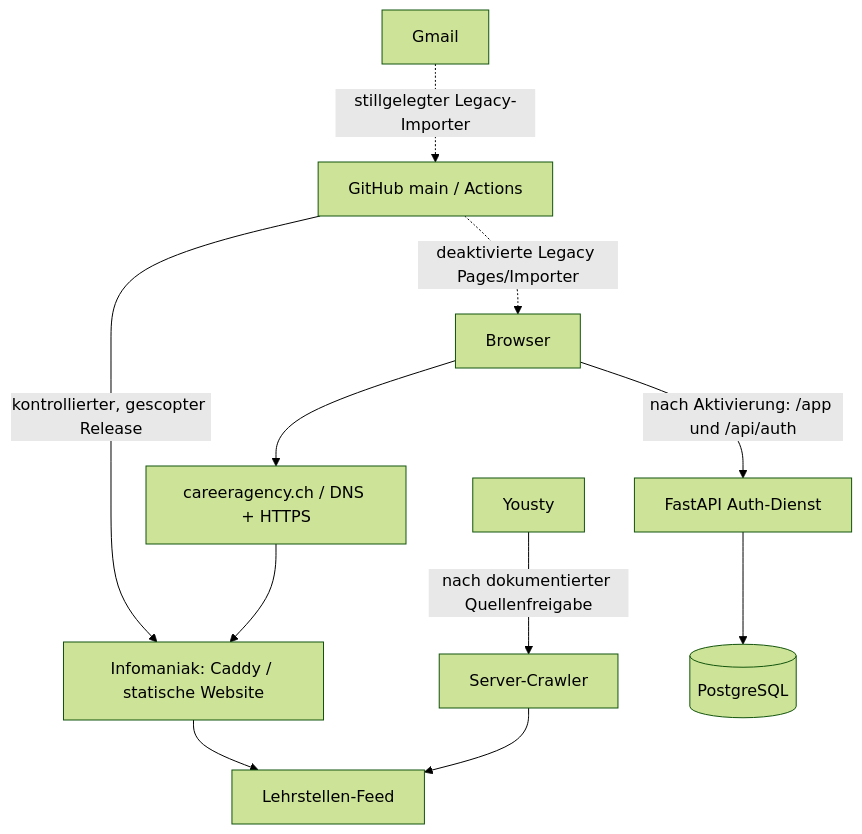
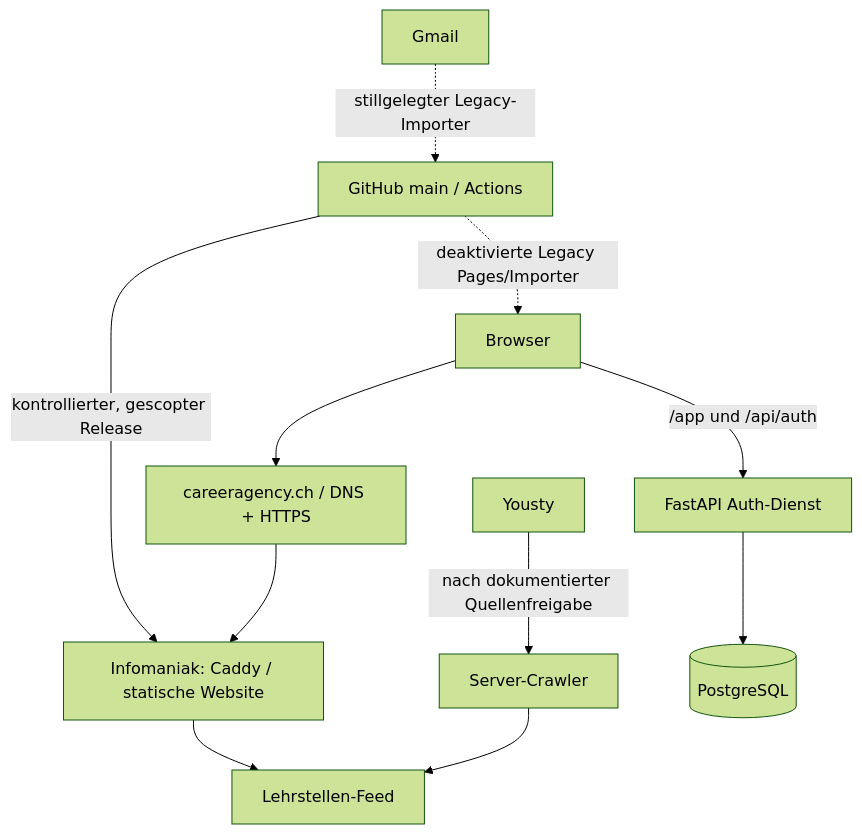
One commit to Coco1the8creator7/bewerbungs-agent changed the diagram in docs/operations/server-map.md. Above: the diagram before and after it, drawn with Mermaid (forest theme). The commit also changed other lines of this file and 3 other files, not shown here.

````diff
--- a/docs/operations/server-map.md
+++ b/docs/operations/server-map.md
@@ -18,13 +18,13 @@
 ```mermaid
 flowchart TD
  B[Browser] --> D[careeragency.ch / DNS + HTTPS]
  D --> C[Infomaniak: Caddy / statische Website]
  C --> F[Lehrstellen-Feed]
- B -->|nach Aktivierung: /app und /api/auth| A[FastAPI Auth-Dienst]
+ B -->|/app und /api/auth| A[FastAPI Auth-Dienst]
  A --> DB[(PostgreSQL)]
  GH[GitHub main / Actions] -->|kontrollierter, gescopter Release| C
  GH -.->|deaktivierte Legacy Pages/Importer| B
  G[Gmail] -.->|stillgelegter Legacy-Importer| GH
  Y[Yousty] -->|nach dokumentierter Quellenfreigabe| K[Server-Crawler]
  K --> F
 ```
````
